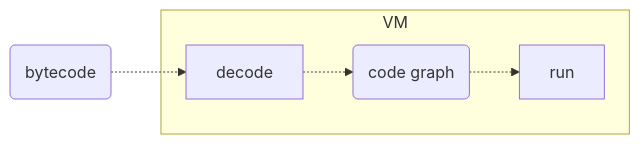
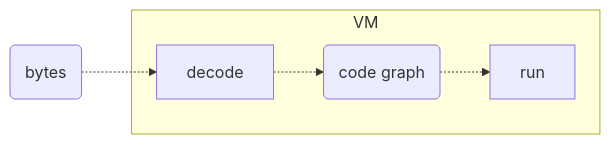
The diagram in slides/papers/stak-scheme/run.mmd (raviqqe/doc), drawn with Mermaid before and after one commit. The commit also changed 2 other files, not shown here.

```diff
--- a/slides/papers/stak-scheme/run.mmd
+++ b/slides/papers/stak-scheme/run.mmd
@@ -1,6 +1,6 @@
 flowchart LR
-  d0(bytecode):::blue -.-> decode
+  d0(bytes):::blue -.-> decode
 
   subgraph VM
     decode -.-> d1(code graph):::red -.-> run
   end
```
